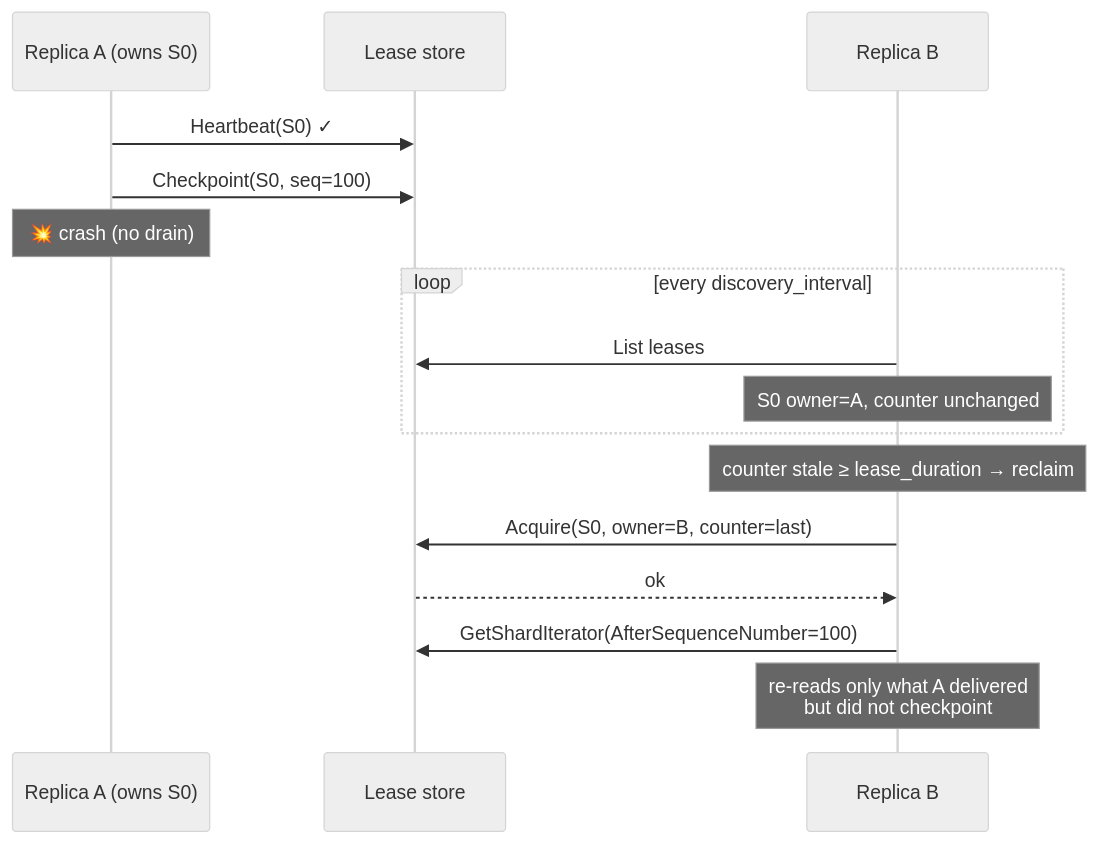
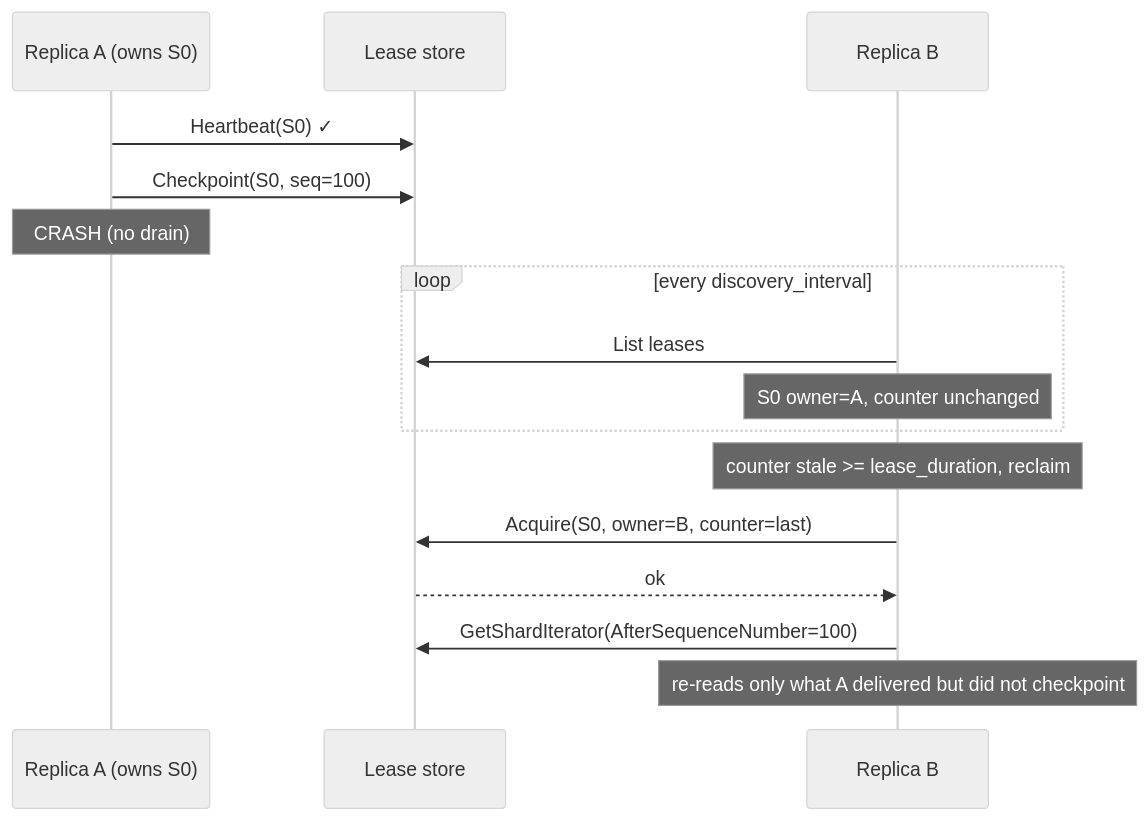
The fourth of 6 diagrams in docs/user-guide.md (jrglee/opentelemetry-kinesis-stream), drawn with Mermaid (neutral theme) before and after one commit. The commit also changed other lines of this file and 1 other file, not shown here.

First line of the commit message:
Verify reshard invariant synthetically; fix user-guide diagrams

````diff
--- a/docs/user-guide.md
+++ b/docs/user-guide.md
@@ -474,20 +468,20 @@
 ```mermaid
 sequenceDiagram
     participant A as Replica A (owns S0)
     participant L as Lease store
     participant B as Replica B
 
     A->>L: Heartbeat(S0) ✓
     A->>L: Checkpoint(S0, seq=100)
-    Note over A: 💥 crash (no drain)
+    Note over A: CRASH (no drain)
 
     loop every discovery_interval
         B->>L: List leases
         Note over B: S0 owner=A, counter unchanged
     end
-    Note over B: counter stale ≥ lease_duration → reclaim
+    Note over B: counter stale >= lease_duration, reclaim
     B->>L: Acquire(S0, owner=B, counter=last)
     L-->>B: ok
     B->>L: GetShardIterator(AfterSequenceNumber=100)
-    Note over B: re-reads only what A delivered<br/>but did not checkpoint
+    Note over B: re-reads only what A delivered but did not checkpoint
 ```
````
